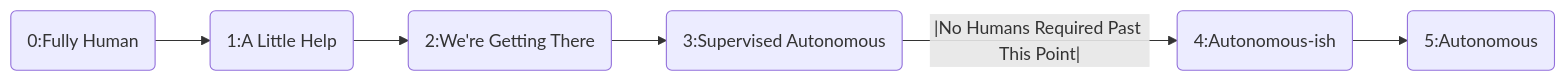
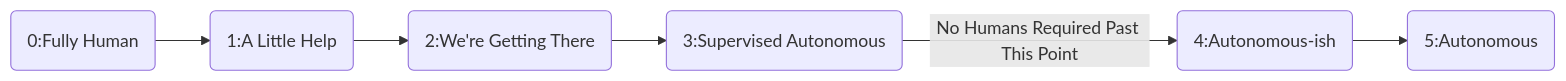
Before and after one commit to Grig84/ethics_fall2025: the diagram in _casestudy/00_index.md, drawn with Mermaid. The commit also changed other lines of this file and 1 other file, not shown here.

````diff
--- a/_casestudy/00_index.md
+++ b/_casestudy/00_index.md
@@ -12,8 +11,8 @@
 ```mermaid
 graph LR
 0(0:Fully Human) --> 1(1:A Little Help);
 1 --> 2(2:We're Getting There);
 2 --> 3(3:Supervised Autonomous);
-3 -- |No Humans Required Past This Point| --> 4(4:Autonomous-ish);
+3 -- No Humans Required Past This Point --> 4(4:Autonomous-ish);
 4 --> 5(5:Autonomous);
 ```
````
